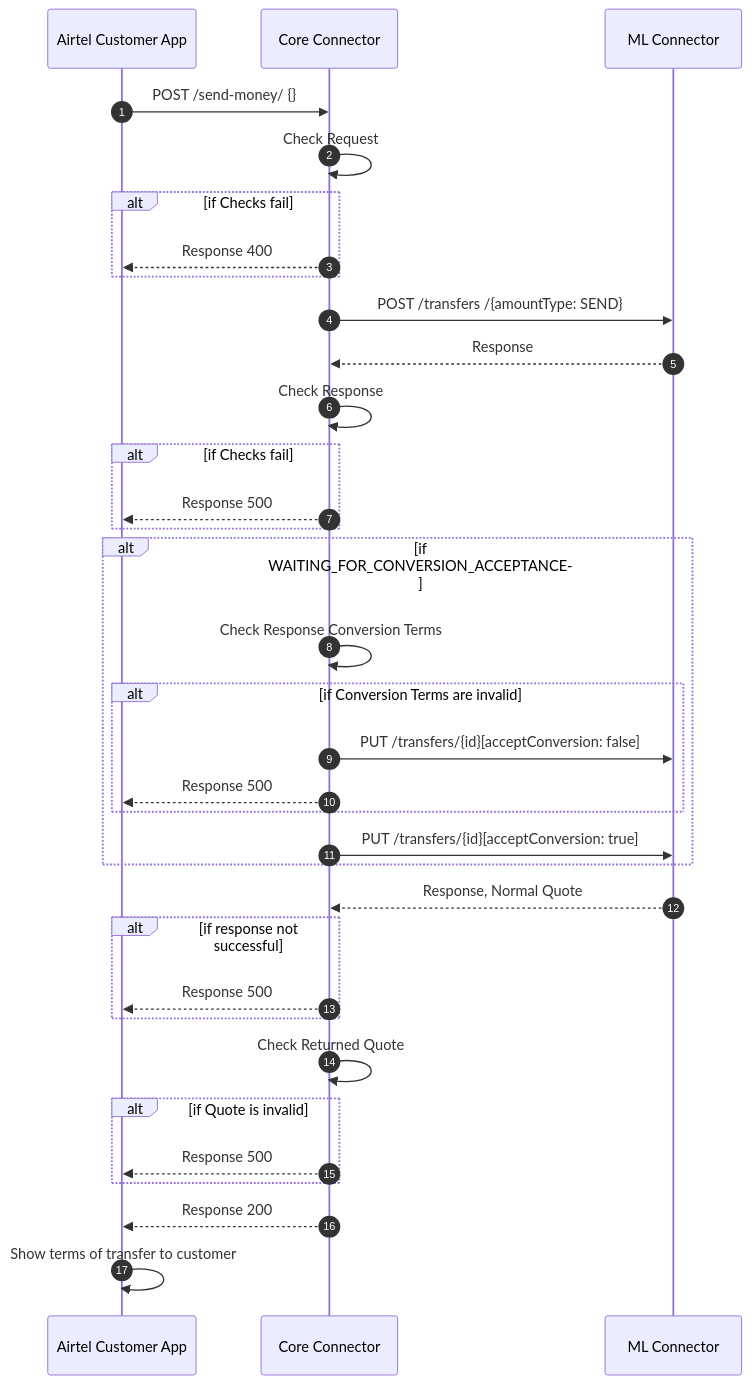
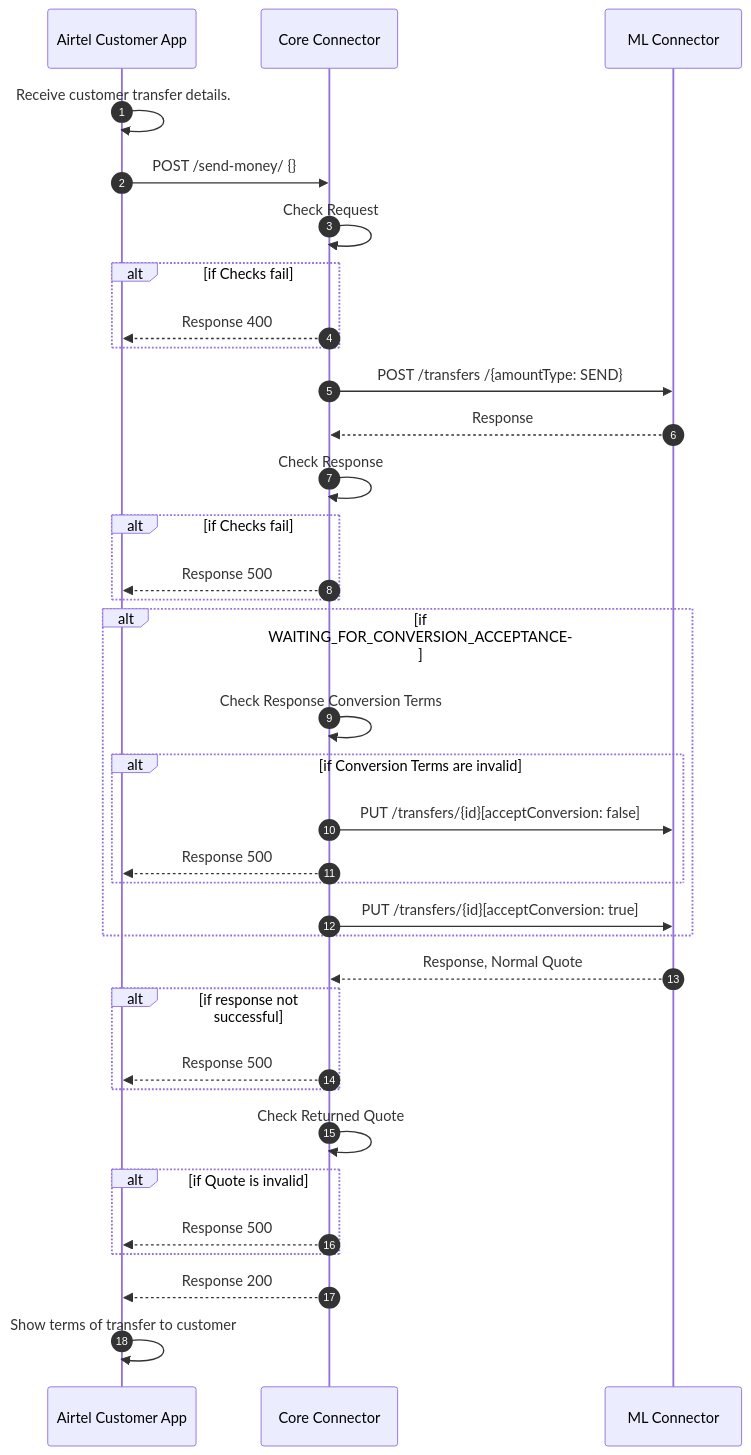
The first of 3 diagrams in airtel-zm-core-connector/docs/payer/README.md (mojaloop/ml-reference-connectors), drawn with Mermaid before and after one commit. The commit also changed other lines of this file, not shown here.

Commit message:
chore: added airtel documentation

````diff
--- a/airtel-zm-core-connector/docs/payer/README.md
+++ b/airtel-zm-core-connector/docs/payer/README.md
@@ -22,34 +57,35 @@
 ```mermaid
 sequenceDiagram
   autoNumber
-  Airtel Customer App->>Core Connector: POST /send-money/ {}
+  Airtel Customer App->>Airtel Customer App: Receive customer transfer details.
+  Airtel Customer App->>Core Connector:POST /send-money/ {}
   Core Connector->>Core Connector: Check Request
   Alt if Checks fail
   Core Connector-->>Airtel Customer App: Response 400
   End
   Core Connector->>ML Connector: POST /transfers /{amountType: SEND} 
   ML Connector-->>Core Connector: Response
   Core Connector->> Core Connector: Check Response
   Alt if Checks fail
   Core Connector-->>Airtel Customer App: Response 500
   End
 
   Alt if WAITING_FOR_CONVERSION_ACCEPTANCE
   Core Connector->>Core Connector: Check Response Conversion Terms
   Alt if Conversion Terms are invalid
   Core Connector->>ML Connector: PUT /transfers/{id}[acceptConversion: false]
   Core Connector-->>Airtel Customer App: Response 500
   End
   Core Connector->>ML Connector: PUT /transfers/{id}[acceptConversion: true]
   End
   ML Connector-->>Core Connector:Response, Normal Quote
   Alt if response not successful
   Core Connector-->>Airtel Customer App: Response 500
   End
   Core Connector->>Core Connector: Check Returned Quote
   Alt if Quote is invalid
   Core Connector-->>Airtel Customer App: Response 500
   End
   Core Connector-->>Airtel Customer App: Response 200
   Airtel Customer App->>Airtel Customer App:Show terms of transfer to customer
 ```
````
